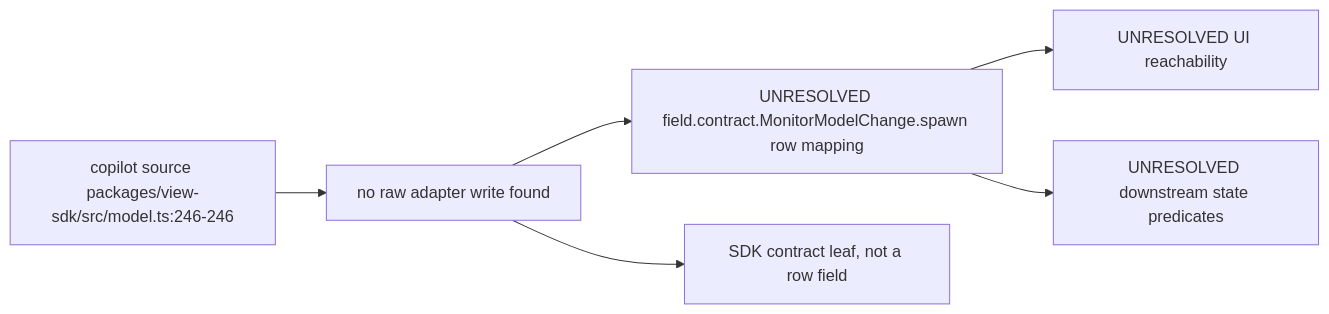
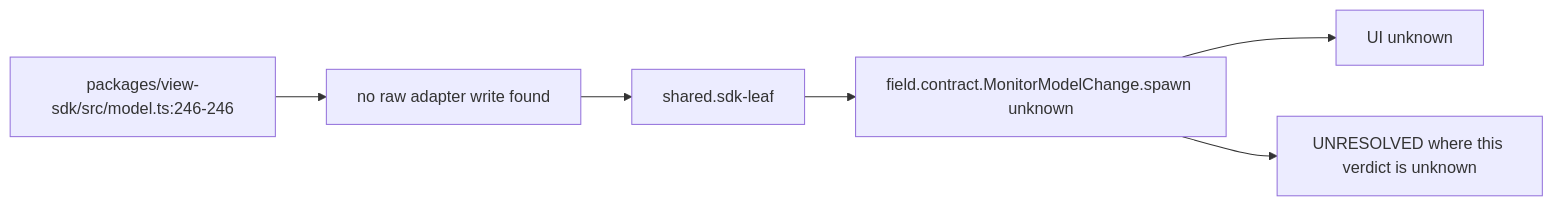
One commit to vibefield/vibefield changed the diagram in audit/godview/evidence/copilot/contract.MonitorModelChange.spawn.mmd. Above: the diagram before and after it, drawn with Mermaid. The commit also changed 1609 other files, not shown here.

```diff
--- a/audit/godview/evidence/copilot/contract.MonitorModelChange.spawn.mmd
+++ b/audit/godview/evidence/copilot/contract.MonitorModelChange.spawn.mmd
@@ -1,11 +1,13 @@
+%% graph_ref: shared.sdk-leaf
+%% adapter: copilot
+%% field: field.contract.MonitorModelChange.spawn
+%% forensic: source-read at 748d015; not a live sample
 flowchart LR
-  src["copilot source packages/view-sdk/src/model.ts:246-246"]
+  src["packages/view-sdk/src/model.ts:246-246"]
   raw["no raw adapter write found"]
-  row["UNRESOLVED field.contract.MonitorModelChange.spawn row mapping"]
-  ui["UNRESOLVED UI reachability"]
-  states["UNRESOLVED downstream state predicates"]
-  src --> raw --> row
-  row --> ui
-  row --> states
-  leaf["SDK contract leaf, not a row field"]
-  raw --> leaf
+  shared["shared.sdk-leaf"]
+  row["field.contract.MonitorModelChange.spawn unknown"]
+  ui["UI unknown"]
+  src --> raw --> shared --> row --> ui
+  open["UNRESOLVED where this verdict is unknown"]
+  row --> open
```
